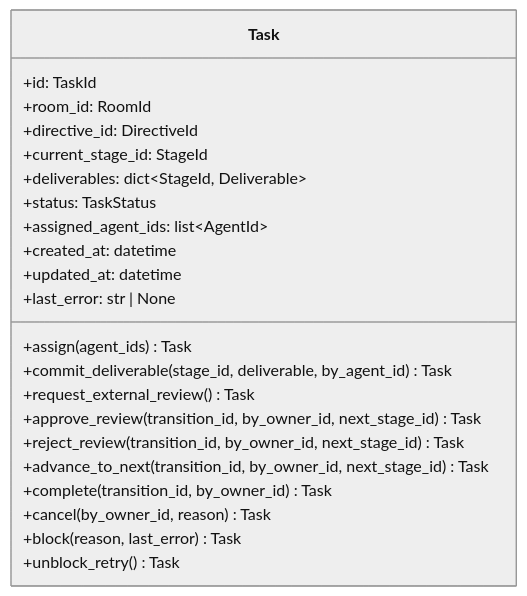
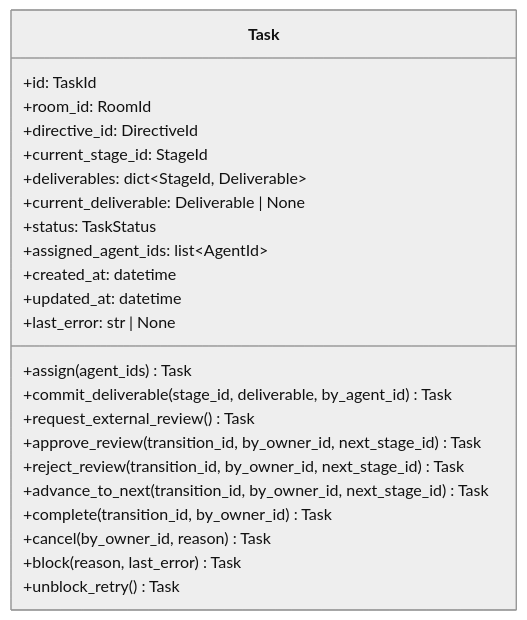
Before and after one commit to bakufu-dev/bakufu: the diagram in docs/features/task/domain/detailed-design.md, drawn with Mermaid (neutral theme). The commit also changed other lines of this file and 3 other files, not shown here.

First line of the commit message:
docs(M5-B): 設計書3点修正 — current_deliverable / ToolCall構造化型 / §確定J MVP宣言

````diff
--- a/docs/features/task/domain/detailed-design.md
+++ b/docs/features/task/domain/detailed-design.md
@@ -15,25 +15,26 @@
 ```mermaid
 classDiagram
     class Task {
         +id: TaskId
         +room_id: RoomId
         +directive_id: DirectiveId
         +current_stage_id: StageId
         +deliverables: dict~StageId, Deliverable~
+        +current_deliverable: Deliverable | None
         +status: TaskStatus
         +assigned_agent_ids: list~AgentId~
         +created_at: datetime
         +updated_at: datetime
         +last_error: str | None
         +assign(agent_ids) Task
         +commit_deliverable(stage_id, deliverable, by_agent_id) Task
         +request_external_review() Task
         +approve_review(transition_id, by_owner_id, next_stage_id) Task
         +reject_review(transition_id, by_owner_id, next_stage_id) Task
         +advance_to_next(transition_id, by_owner_id, next_stage_id) Task
         +complete(transition_id, by_owner_id) Task
         +cancel(by_owner_id, reason) Task
         +block(reason, last_error) Task
         +unblock_retry() Task
     }
 ```
````
